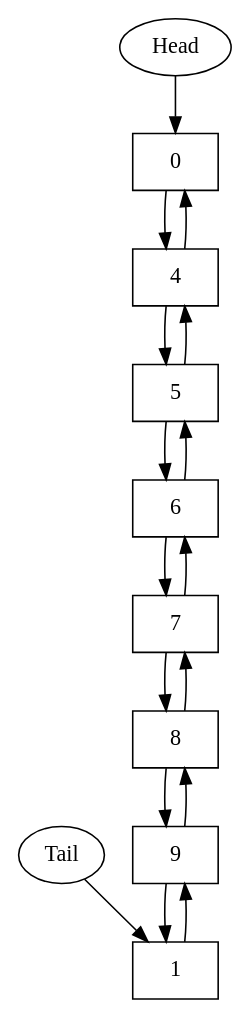
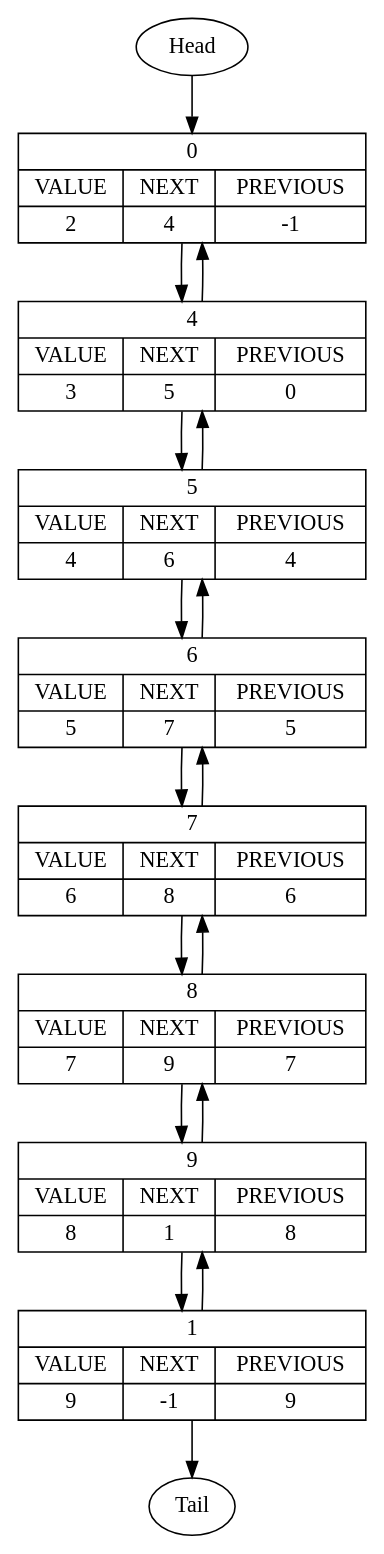
One commit to AlgebraicWolf/FPMI_1sem_programming_homework changed the diagram in DoublyLinkedListDed/cmake-build-debug/unitTestingDump.dot. Above: the diagram before and after it, drawn with Graphviz. The commit also changed 10 other files, not shown here.

```diff
--- a/DoublyLinkedListDed/cmake-build-debug/unitTestingDump.dot
+++ b/DoublyLinkedListDed/cmake-build-debug/unitTestingDump.dot
@@ -1,26 +1,26 @@
 digraph {
-node0[label="{{0}}",shape=record];
-node4[label="{{4}}",shape=record];
+node0[label="{{0}|{{VALUE|2}|{NEXT|4}|{PREVIOUS|-1}}}",shape=record];
+node4[label="{{4}|{{VALUE|3}|{NEXT|5}|{PREVIOUS|0}}}",shape=record];
 node0 -> node4;
 node4 -> node0;
-node5[label="{{5}}",shape=record];
+node5[label="{{5}|{{VALUE|4}|{NEXT|6}|{PREVIOUS|4}}}",shape=record];
 node4 -> node5;
 node5 -> node4;
-node6[label="{{6}}",shape=record];
+node6[label="{{6}|{{VALUE|5}|{NEXT|7}|{PREVIOUS|5}}}",shape=record];
 node5 -> node6;
 node6 -> node5;
-node7[label="{{7}}",shape=record];
+node7[label="{{7}|{{VALUE|6}|{NEXT|8}|{PREVIOUS|6}}}",shape=record];
 node6 -> node7;
 node7 -> node6;
-node8[label="{{8}}",shape=record];
+node8[label="{{8}|{{VALUE|7}|{NEXT|9}|{PREVIOUS|7}}}",shape=record];
 node7 -> node8;
 node8 -> node7;
-node9[label="{{9}}",shape=record];
+node9[label="{{9}|{{VALUE|8}|{NEXT|1}|{PREVIOUS|8}}}",shape=record];
 node8 -> node9;
 node9 -> node8;
-node1[label="{{1}}",shape=record];
+node1[label="{{1}|{{VALUE|9}|{NEXT|-1}|{PREVIOUS|9}}}",shape=record];
 node9 -> node1;
 node1 -> node9;
 Head -> node0;
-Tail -> node1;
+node1 -> Tail;
 }
```
